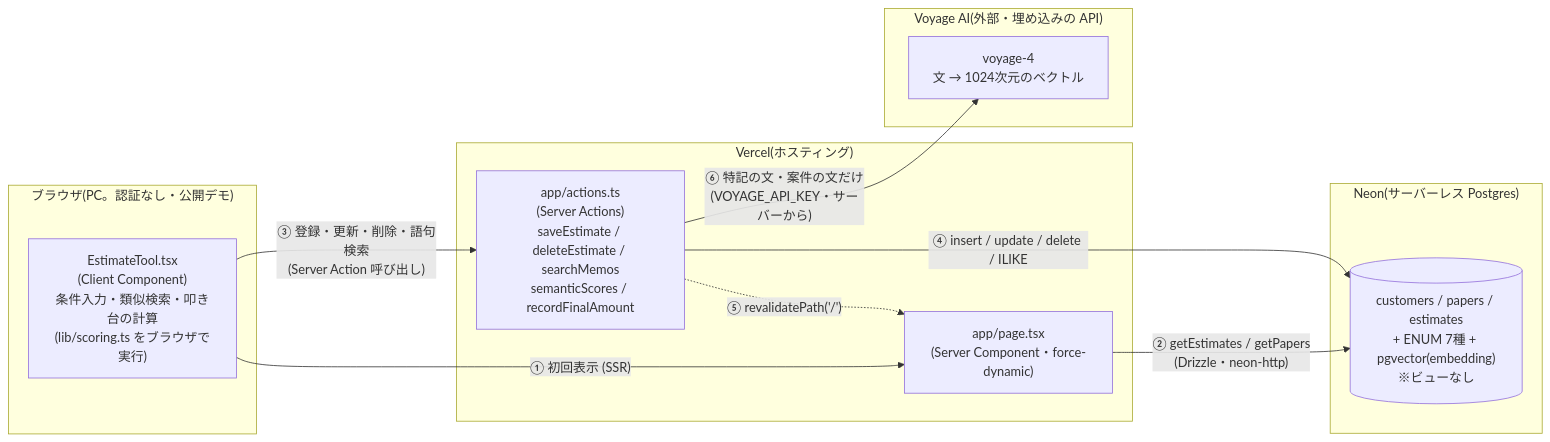
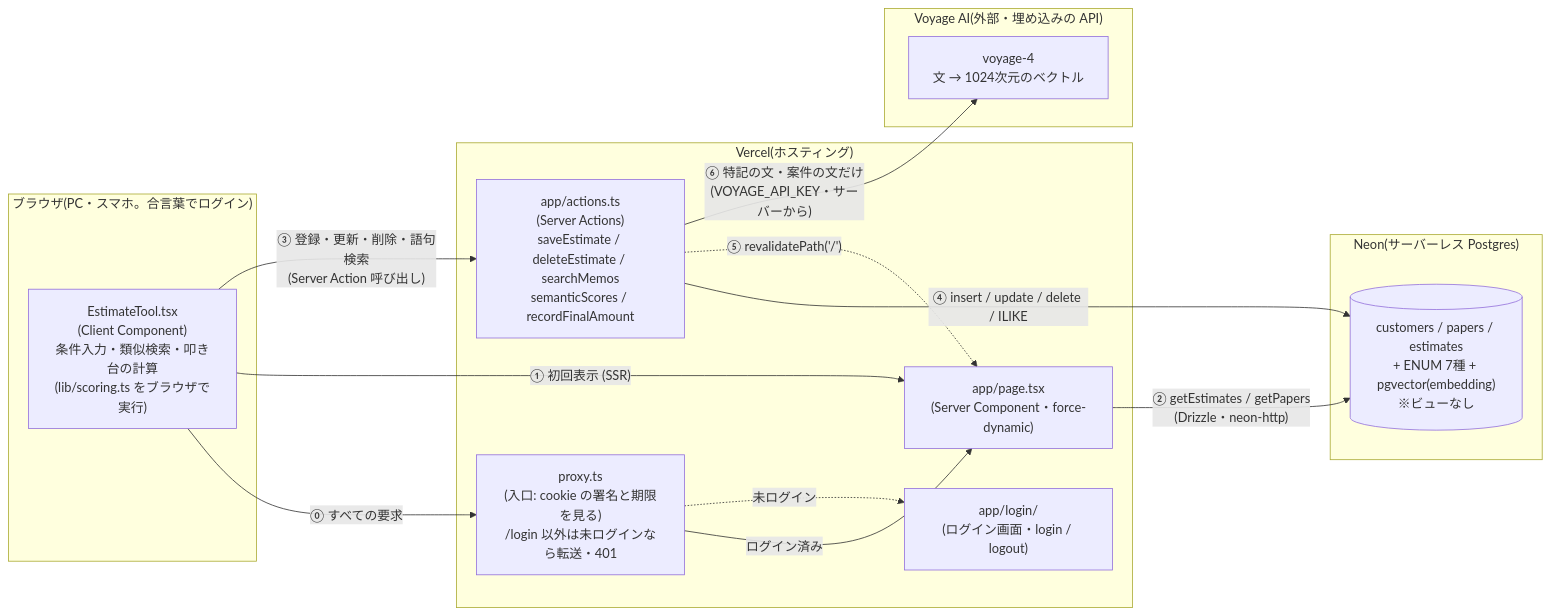
One commit to mikanoooosub-commits/tsumoru-poc changed the first of 2 diagrams in docs/architecture.md. Above: the diagram before and after it, drawn with Mermaid. The commit also changed other lines of this file and 22 other files, not shown here.

````diff
--- a/docs/architecture.md
+++ b/docs/architecture.md
@@ -11,26 +11,31 @@
 ```mermaid
 flowchart LR
-  subgraph Browser["ブラウザ(PC。認証なし・公開デモ)"]
+  subgraph Browser["ブラウザ(PC・スマホ。合言葉でログイン)"]
     Client["EstimateTool.tsx\n(Client Component)\n条件入力・類似検索・叩き台の計算\n(lib/scoring.ts をブラウザで実行)"]
   end
 
   subgraph Vercel["Vercel(ホスティング)"]
+    Proxy["proxy.ts\n(入口: cookie の署名と期限を見る)\n/login 以外は未ログインなら転送・401"]
+    Login["app/login/\n(ログイン画面・login / logout)"]
     Page["app/page.tsx\n(Server Component・force-dynamic)"]
     Actions["app/actions.ts\n(Server Actions)\nsaveEstimate / deleteEstimate / searchMemos\nsemanticScores / recordFinalAmount"]
   end
 
   subgraph Neon["Neon(サーバーレス Postgres)"]
     DB[("customers / papers / estimates\n+ ENUM 7種 + pgvector(embedding)\n※ビューなし")]
   end
 
   subgraph Voyage["Voyage AI(外部・埋め込みの API)"]
     VA["voyage-4\n文 → 1024次元のベクトル"]
   end
 
+  Client -->|"⓪ すべての要求"| Proxy
+  Proxy -->|"ログイン済み"| Page
+  Proxy -.->|"未ログイン"| Login
   Client -->|"① 初回表示 (SSR)"| Page
   Page -->|"② getEstimates / getPapers\n(Drizzle・neon-http)"| DB
   Client -->|"③ 登録・更新・削除・語句検索\n(Server Action 呼び出し)"| Actions
   Actions -->|"④ insert / update / delete / ILIKE"| DB
   Actions -.->|"⑤ revalidatePath('/')"| Page
   Actions -->|"⑥ 特記の文・案件の文だけ\n(VOYAGE_API_KEY・サーバーから)"| VA
 ```
````
